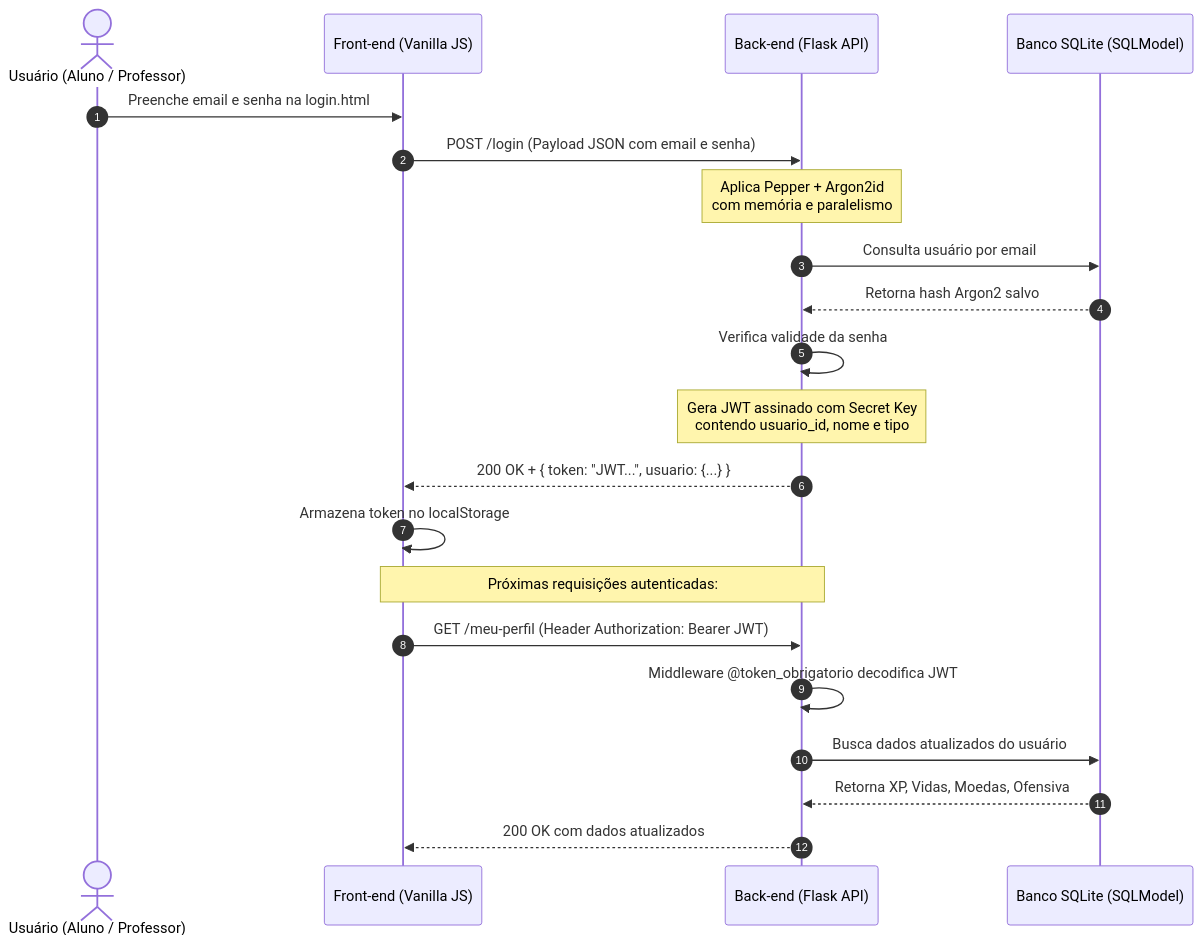
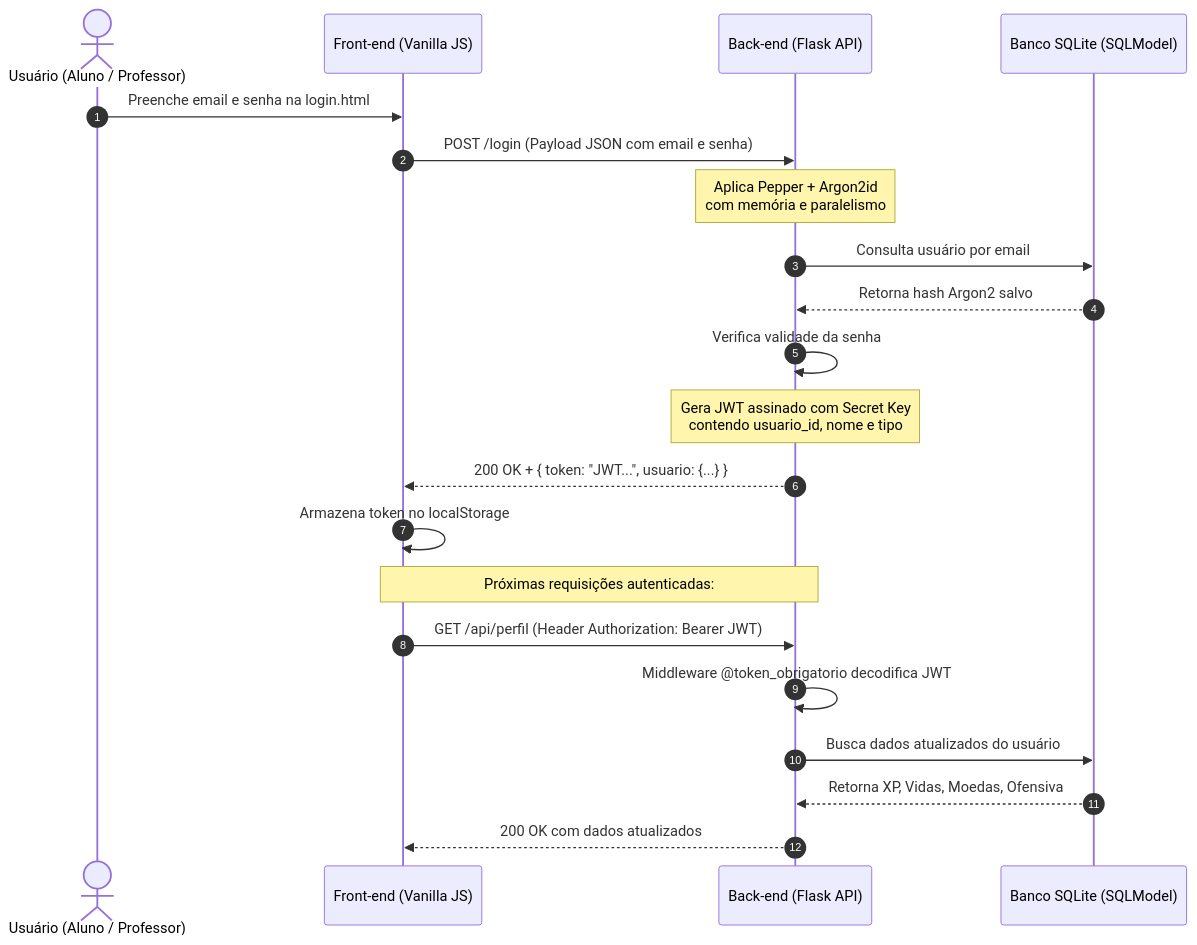
Before and after one commit to PHenrique07/Sementis-IFSP-Pirituba: the second of 2 diagrams in docs/wiki/02-arquitetura-geral.md, drawn with Mermaid. The commit also changed other lines of this file and 309 other files, not shown here.

````diff
--- a/docs/wiki/02-arquitetura-geral.md
+++ b/docs/wiki/02-arquitetura-geral.md
@@ -129,25 +108,25 @@
 ```mermaid
 sequenceDiagram
     autonumber
     actor Aluno as Usuário (Aluno / Professor)
     participant Front as Front-end (Vanilla JS)
     participant API as Back-end (Flask API)
     participant DB as Banco SQLite (SQLModel)
 
     Aluno->>Front: Preenche email e senha na login.html
     Front->>API: POST /login (Payload JSON com email e senha)
     Note over API: Aplica Pepper + Argon2id<br/>com memória e paralelismo
     API->>DB: Consulta usuário por email
     DB-->>API: Retorna hash Argon2 salvo
     API->>API: Verifica validade da senha
     Note over API: Gera JWT assinado com Secret Key<br/>contendo usuario_id, nome e tipo
     API-->>Front: 200 OK + { token: "JWT...", usuario: {...} }
     Front->>Front: Armazena token no localStorage
     
     Note over Front,API: Próximas requisições autenticadas:
-    Front->>API: GET /meu-perfil (Header Authorization: Bearer JWT)
+    Front->>API: GET /api/perfil (Header Authorization: Bearer JWT)
     API->>API: Middleware @token_obrigatorio decodifica JWT
     API->>DB: Busca dados atualizados do usuário
     DB-->>API: Retorna XP, Vidas, Moedas, Ofensiva
     API-->>Front: 200 OK com dados atualizados
 ```
````
